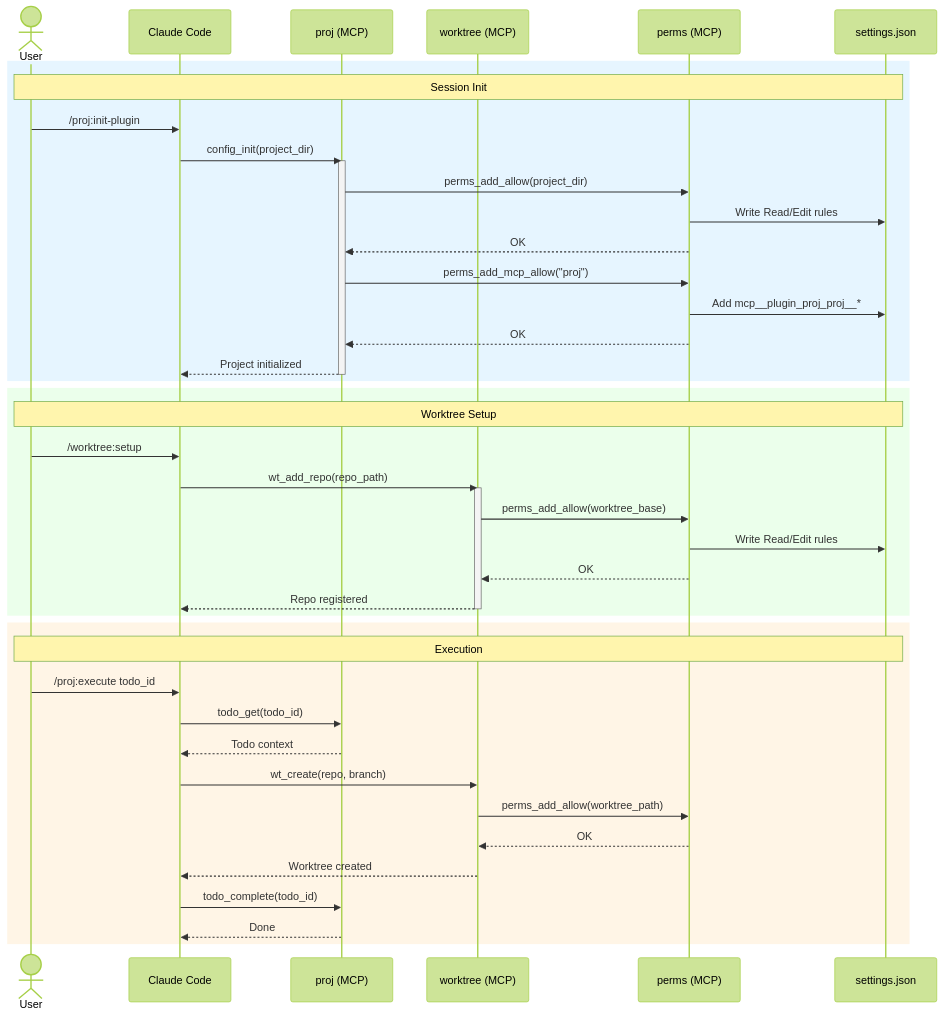
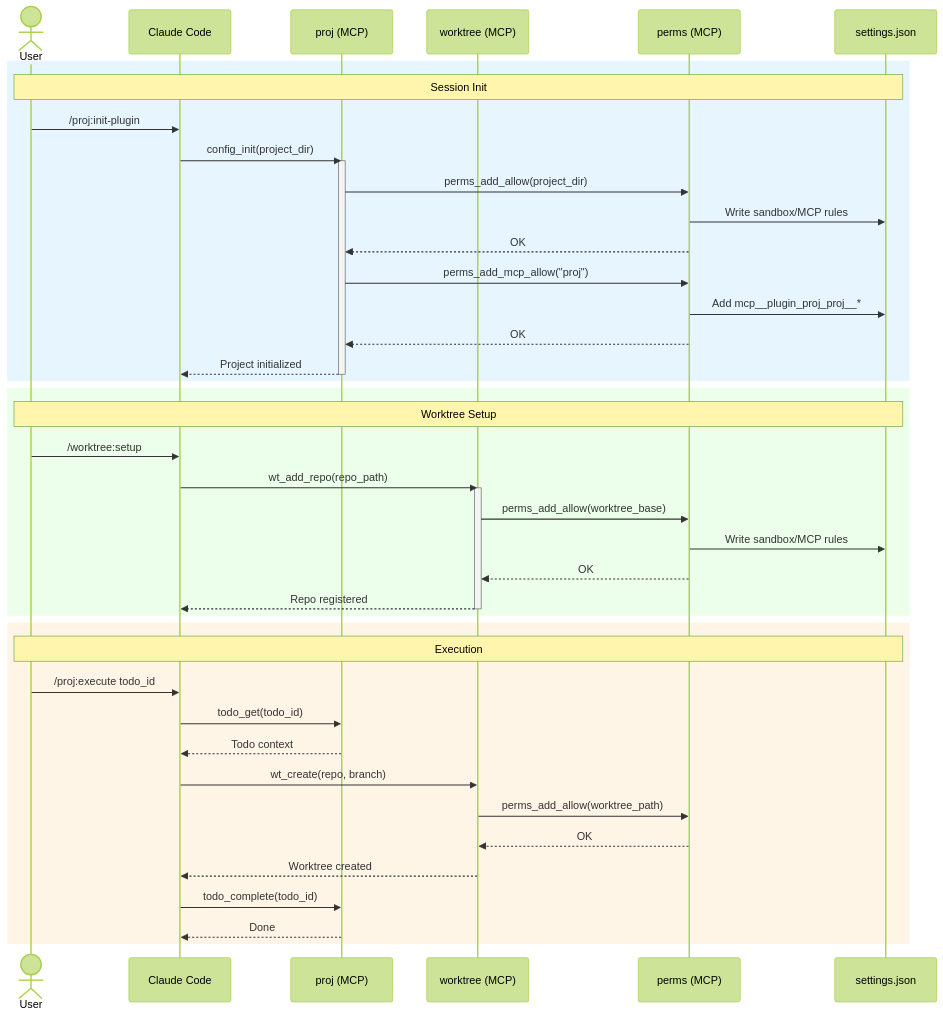
The third of 6 diagrams in README.md (raulfrk/claude-project-manager), drawn with Mermaid (forest theme) before and after one commit. The commit also changed other lines of this file and 4 other files, not shown here.

````diff
--- a/README.md
+++ b/README.md
@@ -286,49 +286,49 @@
 ```mermaid
 sequenceDiagram
     actor User
     participant CC as Claude Code
     participant proj as proj (MCP)
     participant wt as worktree (MCP)
     participant perms as perms (MCP)
     participant settings as settings.json
 
     rect rgb(230, 245, 255)
         Note over User, settings: Session Init
         User->>CC: /proj:init-plugin
         CC->>proj: config_init(project_dir)
         activate proj
         proj->>perms: perms_add_allow(project_dir)
-        perms->>settings: Write Read/Edit rules
+        perms->>settings: Write sandbox/MCP rules
         perms-->>proj: OK
         proj->>perms: perms_add_mcp_allow("proj")
         perms->>settings: Add mcp__plugin_proj_proj__*
         perms-->>proj: OK
         proj-->>CC: Project initialized
         deactivate proj
     end
 
     rect rgb(235, 255, 235)
         Note over User, settings: Worktree Setup
         User->>CC: /worktree:setup
         CC->>wt: wt_add_repo(repo_path)
         activate wt
         wt->>perms: perms_add_allow(worktree_base)
-        perms->>settings: Write Read/Edit rules
+        perms->>settings: Write sandbox/MCP rules
         perms-->>wt: OK
         wt-->>CC: Repo registered
         deactivate wt
     end
 
     rect rgb(255, 245, 230)
         Note over User, settings: Execution
         User->>CC: /proj:execute todo_id
         CC->>proj: todo_get(todo_id)
         proj-->>CC: Todo context
         CC->>wt: wt_create(repo, branch)
         wt->>perms: perms_add_allow(worktree_path)
         perms-->>wt: OK
         wt-->>CC: Worktree created
         CC->>proj: todo_complete(todo_id)
         proj-->>CC: Done
     end
 ```
````
